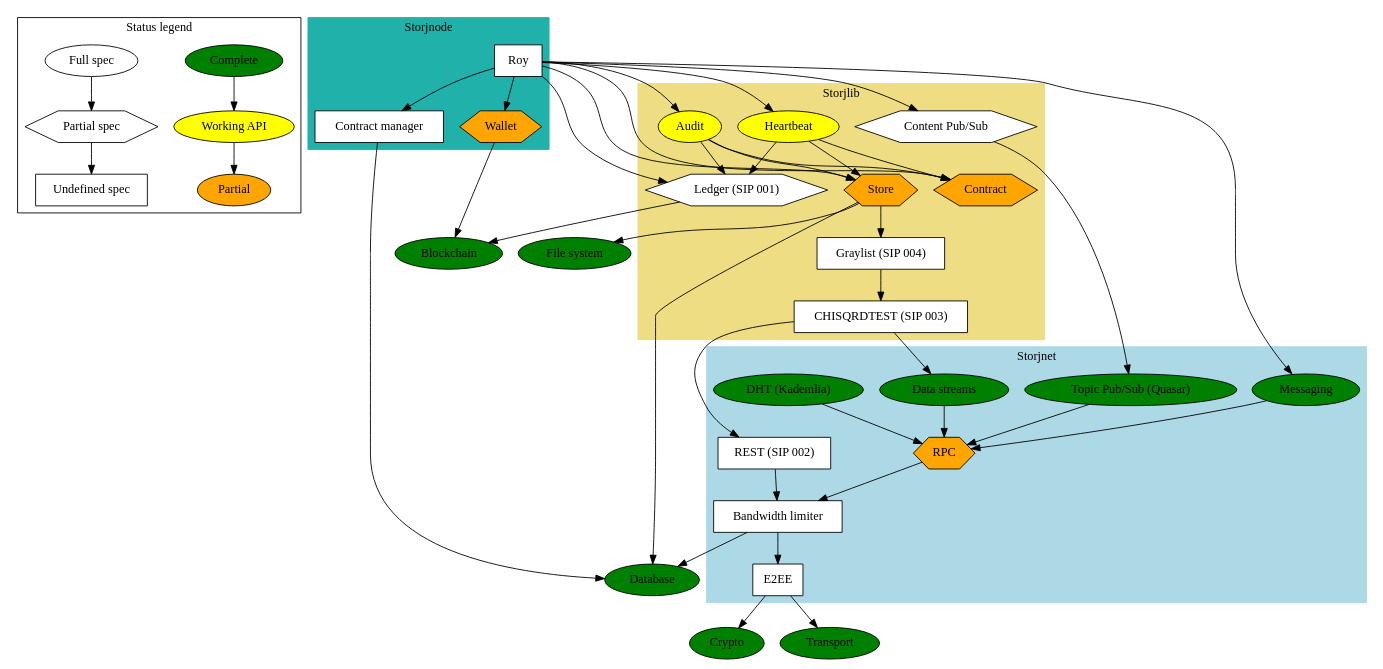
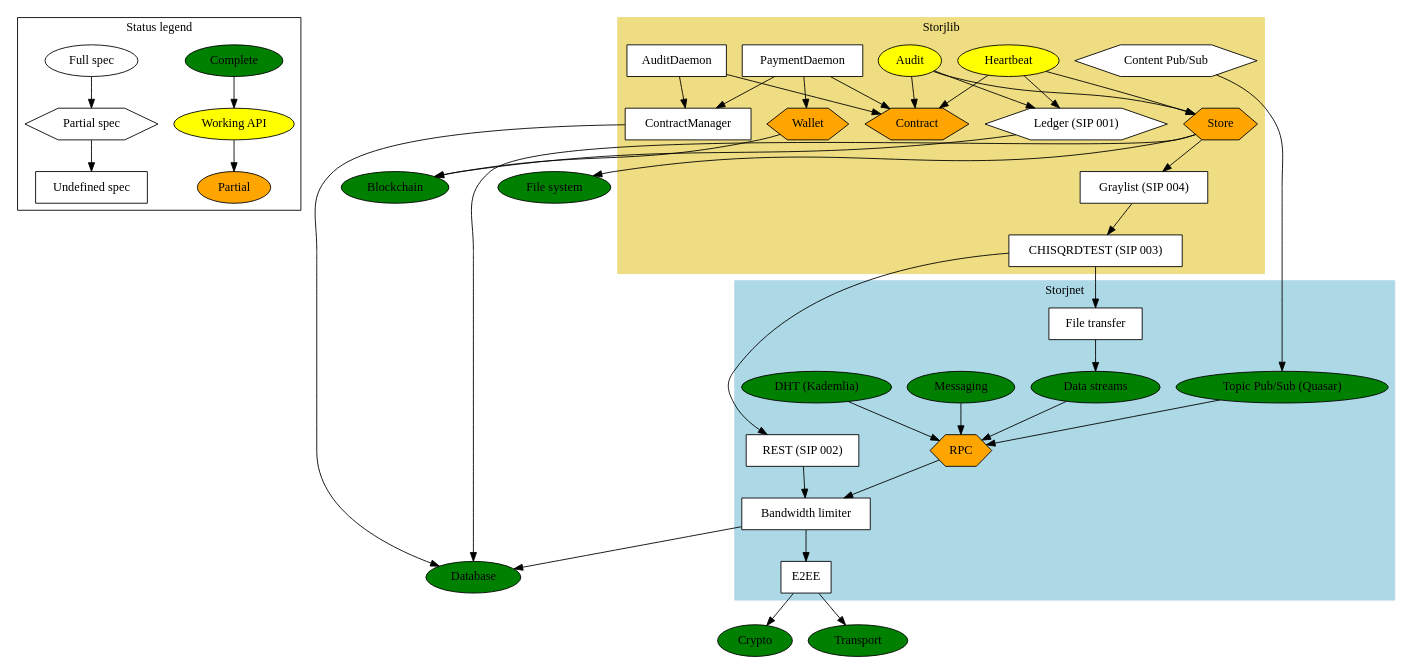
Before and after one commit to StorjOld/storjspec: the diagram in status.dot, drawn with Graphviz. The commit also changed 1 other file, not shown here.

```diff
--- a/status.dot
+++ b/status.dot
@@ -1,109 +1,100 @@
 // syntax guide: http://www.graphviz.org/pdf/dotguide.pdf
 // compile png: `dot -Tpng status.dot -o status.png`
 // compile pdf: `dot -Tpdf status.dot -o status.pdf`
 
 
 digraph G {
     node [shape="box", style="filled", color="black", fillcolor="white"];
 
     // LEGEND
     subgraph cluster_0 {
         label = "Status legend";
 
         "Complete" [fillcolor=green, shape=ellipse];
         "Working API" [fillcolor=yellow, shape=ellipse];
         "Partial" [fillcolor=orange, shape=ellipse];
 
         "Full spec" [shape=ellipse];
         "Partial spec" [shape=hexagon];
         "Undefined spec" [shape=box];
     };
     "Complete" -> "Working API" -> "Partial";
     "Full spec" -> "Partial spec" -> "Undefined spec";
 
 
     // STORJNET
     subgraph cluster_1 {
         label = "Storjnet";
         style=filled;
         color=lightblue;
 
         "DHT (Kademlia)" [fillcolor=green, shape=ellipse];
         "Topic Pub/Sub (Quasar)" [fillcolor=green, shape=ellipse]; // enable publishing and subscribing to events
         "Data streams" [fillcolor=green, shape=ellipse]; // full duplex data transfer
+        "File transfer";
         "Messaging" [fillcolor=green, shape=ellipse]; // to shortcut the pubsub after peer found
         "RPC" [fillcolor=orange, shape=hexagon]; // rpc calls and data transfer between clients
         "E2EE"; // End-to-end encryption
         "Bandwidth limiter";
         "REST (SIP 002)"; // put/get shards
     };
+    "File transfer" -> "Data streams";
     "DHT (Kademlia)" -> "RPC";
     "Topic Pub/Sub (Quasar)" -> "RPC";
     "Messaging" -> "RPC";
     "Data streams" -> "RPC";
     "RPC" -> "Bandwidth limiter";
     "REST (SIP 002)" -> "Bandwidth limiter";
     "Bandwidth limiter" -> "E2EE";
     "E2EE" -> "Crypto";
     "E2EE" -> "Transport";
     "Bandwidth limiter" -> "Database";
 
     // STORJLIB
     subgraph cluster_2 {
         label = "Storjlib";
         style=filled;
         color=lightgoldenrod;
 
         "Contract" [fillcolor=orange, shape=hexagon]; // terms of a storage contract between peers
+        "AuditDaemon";
+        "PaymentDaemon";
+        "ContractManager";
         "Audit" [fillcolor=yellow, shape=ellipse]; // track state of a contract over time
         "Store" [fillcolor=orange, shape=hexagon];
         "Heartbeat" [fillcolor=yellow, shape=ellipse];
         "Ledger (SIP 001)" [shape=hexagon];
         "Graylist (SIP 004)";
         "CHISQRDTEST (SIP 003)";
         "Content Pub/Sub" [shape=hexagon]; // enable publishing and subscribing to events
+        "Wallet" [fillcolor=orange, shape=hexagon];
     };
+    "PaymentDaemon" -> "ContractManager";
+    "PaymentDaemon" -> "Contract";
+    "PaymentDaemon" -> "Wallet";
+    "AuditDaemon" -> "ContractManager";
+    "AuditDaemon" -> "Contract";
+    "ContractManager" -> "Database";
     "Content Pub/Sub" -> "Topic Pub/Sub (Quasar)";
     "Audit" -> "Contract"; // when/how to perform the audit
     "Audit" -> "Store"; // perform audit challange
     "Audit" -> "Ledger (SIP 001)"; // save result in ledger
     "Heartbeat" -> "Contract";
     "Heartbeat" -> "Store"; // perform heartbeat challange
     "Heartbeat" -> "Ledger (SIP 001)"; // save result in ledger
     "Store" -> "File system";
     "Store" -> "Graylist (SIP 004)";
     "Store" -> "Database";
     "Ledger (SIP 001)" -> "Blockchain";
     "Graylist (SIP 004)" -> "CHISQRDTEST (SIP 003)";
-    "CHISQRDTEST (SIP 003)" -> "Data streams";
+    "CHISQRDTEST (SIP 003)" -> "File transfer";
     "CHISQRDTEST (SIP 003)" -> "REST (SIP 002)";
-
-    // STORJNODE
-    subgraph cluster_3 {
-        label = "Storjnode";
-        style=filled;
-        color=lightseagreen;
-
-        "Roy"; // for sending/receiving of funds for services used 
-        "Wallet" [fillcolor=orange, shape=hexagon];
-        "Contract manager"; // Store contracts
-    };
-    "Roy" -> "Contract manager";
-    "Contract manager" -> "Database";
     "Wallet" -> "Blockchain";
-    "Roy" -> "Content Pub/Sub"; // ask/bid on contracts
-    "Roy" -> "Messaging";
-    "Roy" -> "Audit"; // perform audits
-    "Roy" -> "Contract"; // verify agreed to use/provide a service
-    "Roy" -> "Heartbeat";
-    "Roy" -> "Ledger (SIP 001)"; // verify service was used/provided
-    "Roy" -> "Wallet"; // transfer funds
-    "Roy" -> "Store";
 
     // EXTERNAL
     "File system" [fillcolor=green, shape=ellipse];
     "Crypto" [fillcolor=green, shape=ellipse];
     "Database" [fillcolor=green, shape=ellipse];
     "Blockchain" [fillcolor=green, shape=ellipse];
     "Transport" [fillcolor=green, shape=ellipse];
 }
```
